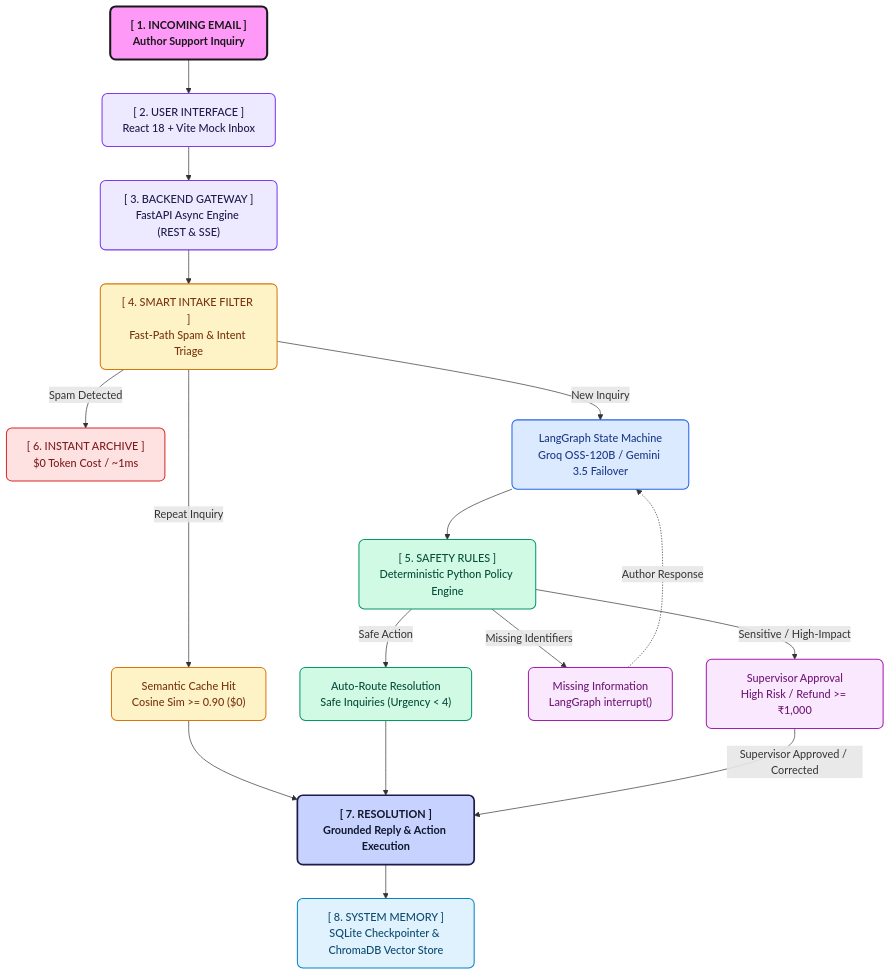
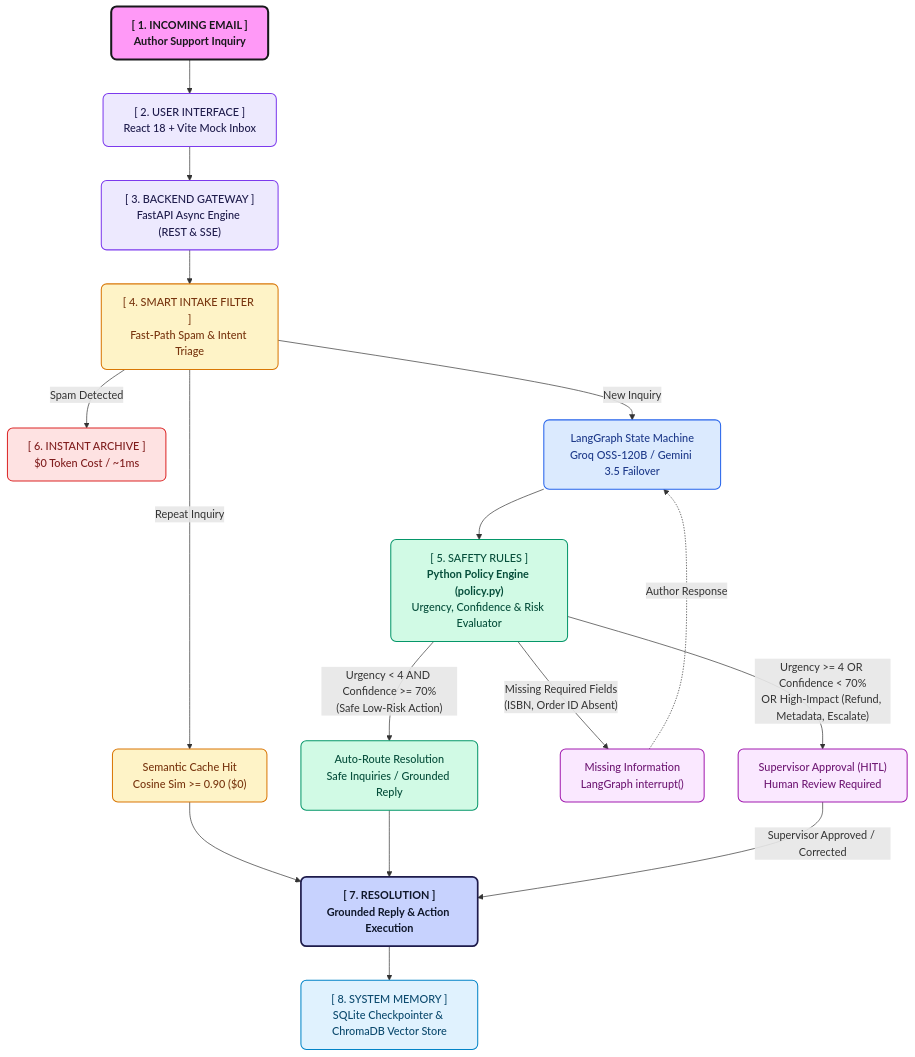
One commit to sharan1918/Notion-Press-POC changed the diagram in README.md. Above: the diagram before and after it, drawn with Mermaid. The commit also changed other lines of this file and 2 other files, not shown here.

Commit message:
docs(arch): add explicit urgency and confidence routing thresholds to diagrams

````diff
--- a/README.md
+++ b/README.md
@@ -11,52 +11,52 @@
 ```mermaid
 flowchart TD
     %% Styling Classes matching pastel boxed reference
     classDef rootBox fill:#ff99f7,stroke:#18181b,stroke-width:3px,color:#18181b,font-weight:bold,rx:8px,ry:8px;
     classDef lavenderBox fill:#ede9fe,stroke:#7c3aed,stroke-width:1.5px,color:#1e1b4b,font-weight:500,rx:8px,ry:8px;
     classDef blueBox fill:#dbeafe,stroke:#2563eb,stroke-width:1.5px,color:#1e3a8a,font-weight:500,rx:8px,ry:8px;
     classDef amberBox fill:#fef3c7,stroke:#d97706,stroke-width:1.5px,color:#78350f,font-weight:500,rx:8px,ry:8px;
     classDef greenBox fill:#d1fae5,stroke:#059669,stroke-width:1.5px,color:#064e3b,font-weight:500,rx:8px,ry:8px;
     classDef redBox fill:#fee2e2,stroke:#dc2626,stroke-width:1.5px,color:#7f1d1d,font-weight:500,rx:8px,ry:8px;
     classDef purpleBox fill:#fae8ff,stroke:#a21caf,stroke-width:1.5px,color:#701a75,font-weight:500,rx:8px,ry:8px;
     classDef cyanBox fill:#e0f2fe,stroke:#0284c7,stroke-width:1.5px,color:#0c4a6e,font-weight:500,rx:8px,ry:8px;
     classDef highlightBox fill:#c7d2fe,stroke:#1e1b4b,stroke-width:2.5px,color:#0f172a,font-weight:bold,rx:8px,ry:8px;
 
     ROOT["[ 1. INCOMING EMAIL ]<br/><b>Author Support Inquiry</b>"]:::rootBox
     UI["[ 2. USER INTERFACE ]<br/>React 18 + Vite Mock Inbox"]:::lavenderBox
     GATEWAY["[ 3. BACKEND GATEWAY ]<br/>FastAPI Async Engine (REST & SSE)"]:::lavenderBox
     FILTER["[ 4. SMART INTAKE FILTER ]<br/>Fast-Path Spam & Intent Triage"]:::amberBox
 
     SPAM["[ 6. INSTANT ARCHIVE ]<br/>$0 Token Cost / ~1ms"]:::redBox
     CACHE["Semantic Cache Hit<br/>Cosine Sim >= 0.90 ($0)"]:::amberBox
     AI["LangGraph State Machine<br/>Groq OSS-120B / Gemini 3.5 Failover"]:::blueBox
 
-    GUARD["[ 5. SAFETY RULES ]<br/>Deterministic Python Policy Engine"]:::greenBox
+    GUARD["[ 5. SAFETY RULES ]<br/><b>Python Policy Engine (policy.py)</b><br/>Urgency, Confidence & Risk Evaluator"]:::greenBox
 
-    AUTO["Auto-Route Resolution<br/>Safe Inquiries (Urgency &lt; 4)"]:::greenBox
+    AUTO["Auto-Route Resolution<br/>Safe Inquiries / Grounded Reply"]:::greenBox
     NEED_INFO["Missing Information<br/>LangGraph interrupt()"]:::purpleBox
-    HITL["Supervisor Approval<br/>High Risk / Refund &gt;= ₹1,000"]:::purpleBox
+    HITL["Supervisor Approval (HITL)<br/>Human Review Required"]:::purpleBox
 
     RESOLUTION["[ 7. RESOLUTION ]<br/>Grounded Reply & Action Execution"]:::highlightBox
     MEMORY["[ 8. SYSTEM MEMORY ]<br/>SQLite Checkpointer & ChromaDB Vector Store"]:::cyanBox
 
     ROOT --> UI
     UI --> GATEWAY
     GATEWAY --> FILTER
 
     FILTER -->|Spam Detected| SPAM
     FILTER -->|Repeat Inquiry| CACHE
     FILTER -->|New Inquiry| AI
 
     CACHE --> RESOLUTION
     AI --> GUARD
 
-    GUARD -->|Safe Action| AUTO
-    GUARD -->|Missing Identifiers| NEED_INFO
-    GUARD -->|Sensitive / High-Impact| HITL
+    GUARD -->|"Urgency &lt; 4 AND Confidence &gt;= 70%<br/>(Safe Low-Risk Action)"| AUTO
+    GUARD -->|"Missing Required Fields<br/>(ISBN, Order ID Absent)"| NEED_INFO
+    GUARD -->|"Urgency &gt;= 4 OR Confidence &lt; 70%<br/>OR High-Impact (Refund, Metadata, Escalate)"| HITL
 
     AUTO --> RESOLUTION
     NEED_INFO -.->|Author Response| AI
     HITL -->|Supervisor Approved / Corrected| RESOLUTION
 
     RESOLUTION --> MEMORY
 ```
````
